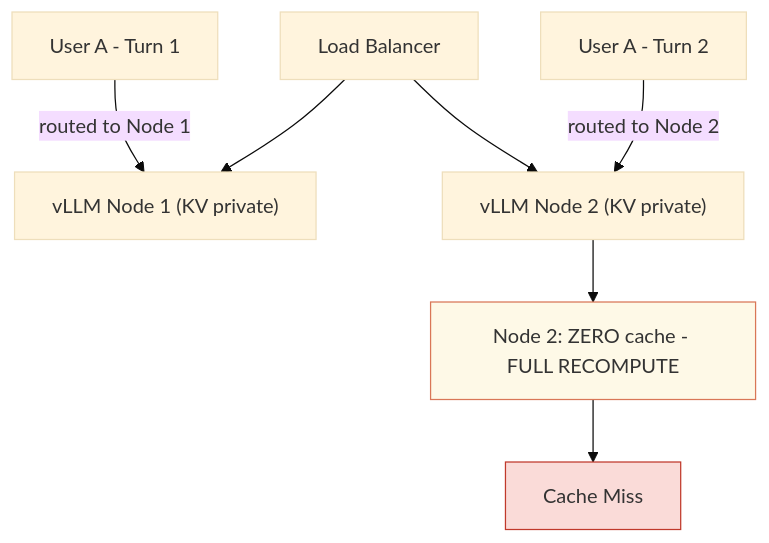
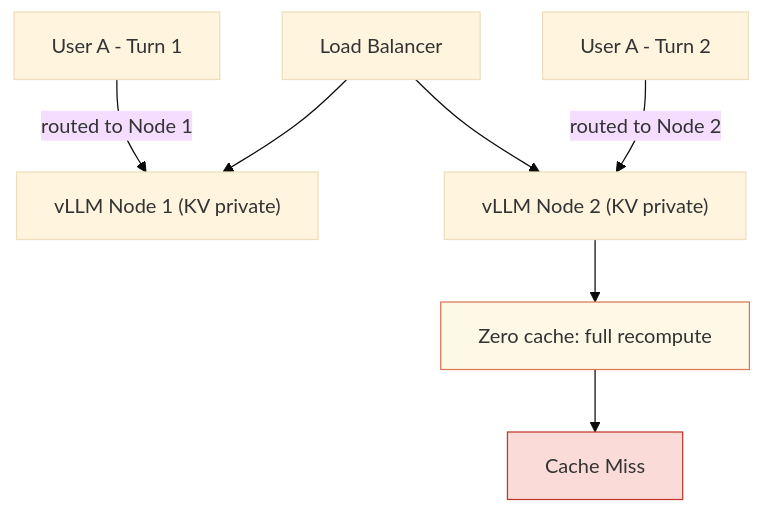
The first of 2 diagrams in docs/guide/kv-cache.md (sac34333/aiharness), drawn with Mermaid (base theme) before and after one commit. The commit also changed 1 other file, not shown here.

Commit message:
Fix Mermaid node clipping: shorten labels in KV cache and ADK Runtime diagrams

````diff
--- a/docs/guide/kv-cache.md
+++ b/docs/guide/kv-cache.md
@@ -84,13 +84,13 @@
 ```mermaid
 graph TD
     LB["Load Balancer"]
     U1["User A - Turn 1"] -->|routed to Node 1| N1
     U1T2["User A - Turn 2"] -->|routed to Node 2| N2
     LB --> N1["vLLM Node 1 (KV private)"]
     LB --> N2["vLLM Node 2 (KV private)"]
-    N2 --> NOTE["Node 2: ZERO cache - FULL RECOMPUTE"]
+    N2 --> NOTE["Zero cache: full recompute"]
     NOTE --> MISS["Cache Miss"]
 
     style MISS fill:#FADBD8,stroke:#C0392B
     style NOTE fill:#FEF9E7,stroke:#D97757
 ```
````
